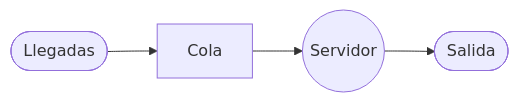
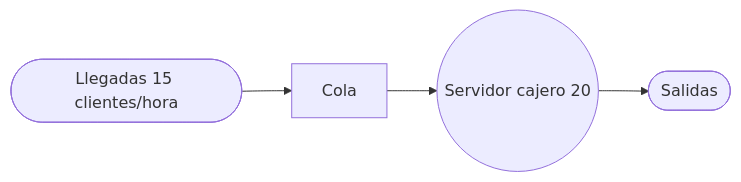
Before and after one commit to Ruelas2022ETNumsa/University_vault_2026: the first of 3 diagrams in practica 3 806.md, drawn with Mermaid. The commit also changed other lines of this file and 1 other file, not shown here.

````diff
--- a/practica 3 806.md
+++ b/practica 3 806.md
@@ -461,6 +436,4 @@
 ```mermaid
 flowchart LR
-    L([Llegadas]) --> Q[Cola]
-    Q --> S((Servidor))
-    S --> O([Salida])
+L([Llegadas 15 clientes/hora]) --> Q[Cola] --> S((Servidor cajero 20 )) --> O([Salidas])
 ```
````
